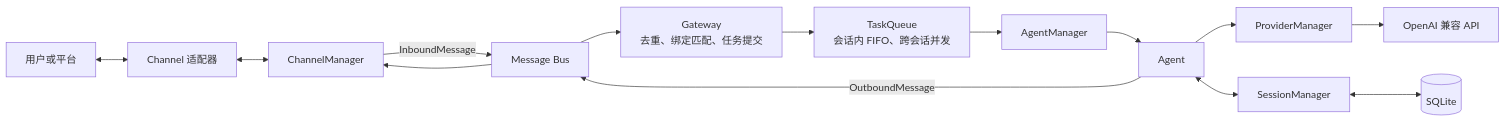
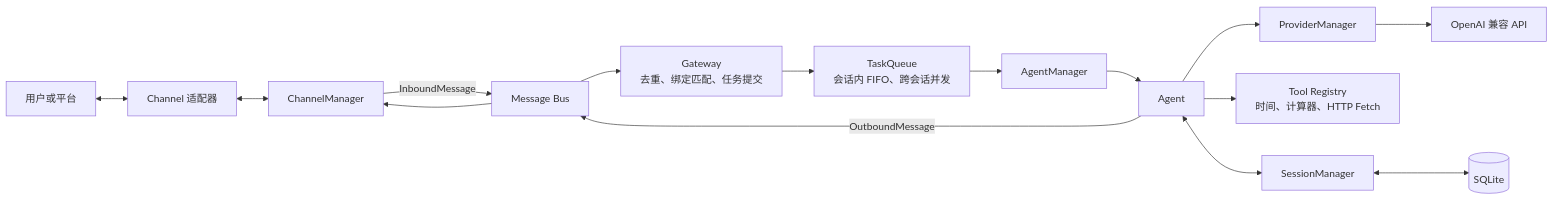
One commit to lucky798213/luckyclaw changed the diagram in README.md. Above: the diagram before and after it, drawn with Mermaid. The commit also changed other lines of this file and 20 other files, not shown here.

````diff
--- a/README.md
+++ b/README.md
@@ -18,16 +19,17 @@
 ```mermaid
 flowchart LR
     User["用户或平台"] <--> Channel["Channel 适配器"]
     Channel <--> ChannelManager["ChannelManager"]
     ChannelManager -->|InboundMessage| Bus["Message Bus"]
     Bus --> Gateway["Gateway<br/>去重、绑定匹配、任务提交"]
     Gateway --> Queue["TaskQueue<br/>会话内 FIFO、跨会话并发"]
     Queue --> AgentManager["AgentManager"]
     AgentManager --> Agent["Agent"]
     Agent --> ProviderManager["ProviderManager"]
     ProviderManager --> Provider["OpenAI 兼容 API"]
+    Agent --> ToolRegistry["Tool Registry<br/>时间、计算器、HTTP Fetch"]
     Agent <--> SessionManager["SessionManager"]
     SessionManager <--> SQLite[("SQLite")]
     Agent -->|OutboundMessage| Bus
     Bus --> ChannelManager
 ```
````
